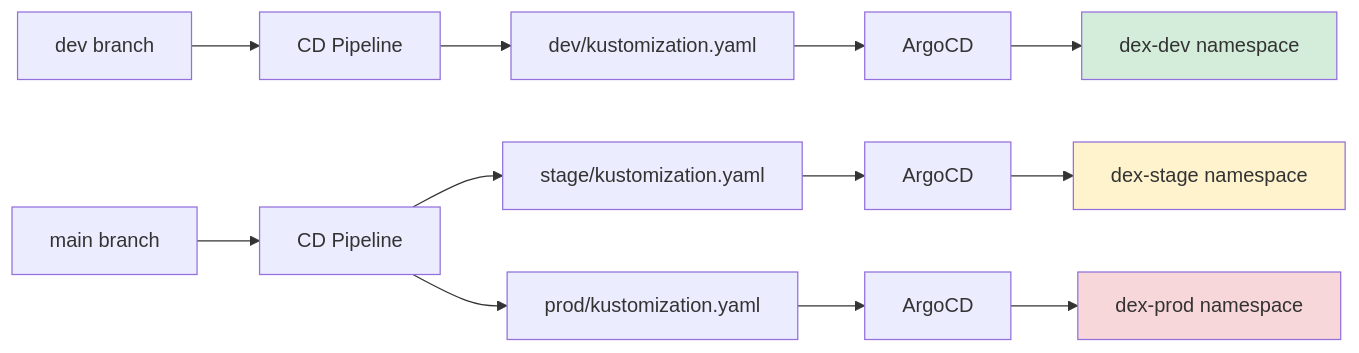
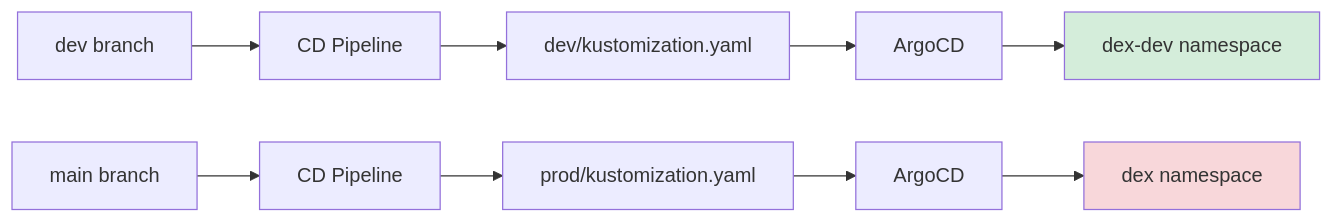
Before and after one commit to data-literate/DEX: the first of 4 diagrams in docs/DEPLOY_RUNBOOK.md, drawn with Mermaid. The commit also changed other lines of this file and 23 other files, not shown here.

````diff
--- a/docs/DEPLOY_RUNBOOK.md
+++ b/docs/DEPLOY_RUNBOOK.md
@@ -16,19 +18,15 @@
 ```mermaid
 graph LR
     Dev[dev branch] --> DevCD[CD Pipeline]
     DevCD --> DevManifest[dev/kustomization.yaml]
     DevManifest --> ArgoDev[ArgoCD]
     ArgoDev --> DevK8s[dex-dev namespace]
 
     Main[main branch] --> MainCD[CD Pipeline]
-    MainCD --> StageManifest[stage/kustomization.yaml]
     MainCD --> ProdManifest[prod/kustomization.yaml]
-    StageManifest --> ArgoStage[ArgoCD]
     ProdManifest --> ArgoProd[ArgoCD]
-    ArgoStage --> StageK8s[dex-stage namespace]
-    ArgoProd --> ProdK8s[dex-prod namespace]
+    ArgoProd --> ProdK8s[dex namespace]
 
     style DevK8s fill:#d4edda
-    style StageK8s fill:#fff3cd
     style ProdK8s fill:#f8d7da
 ```
````
